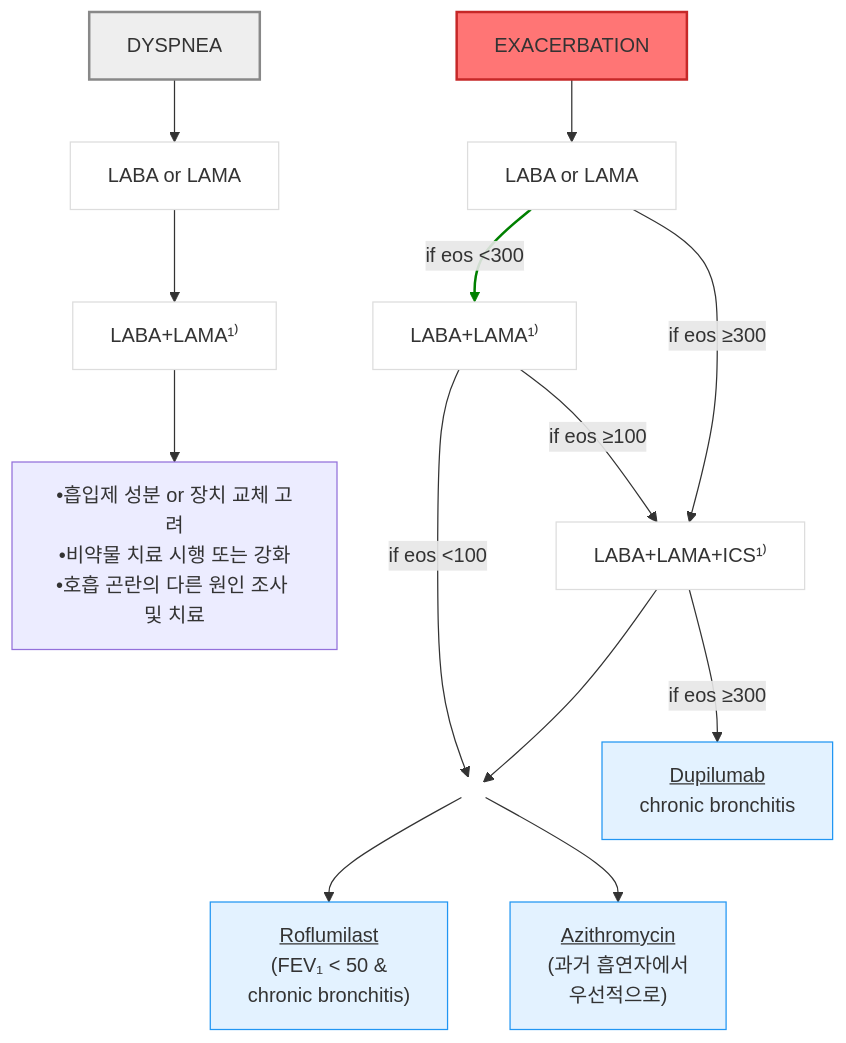
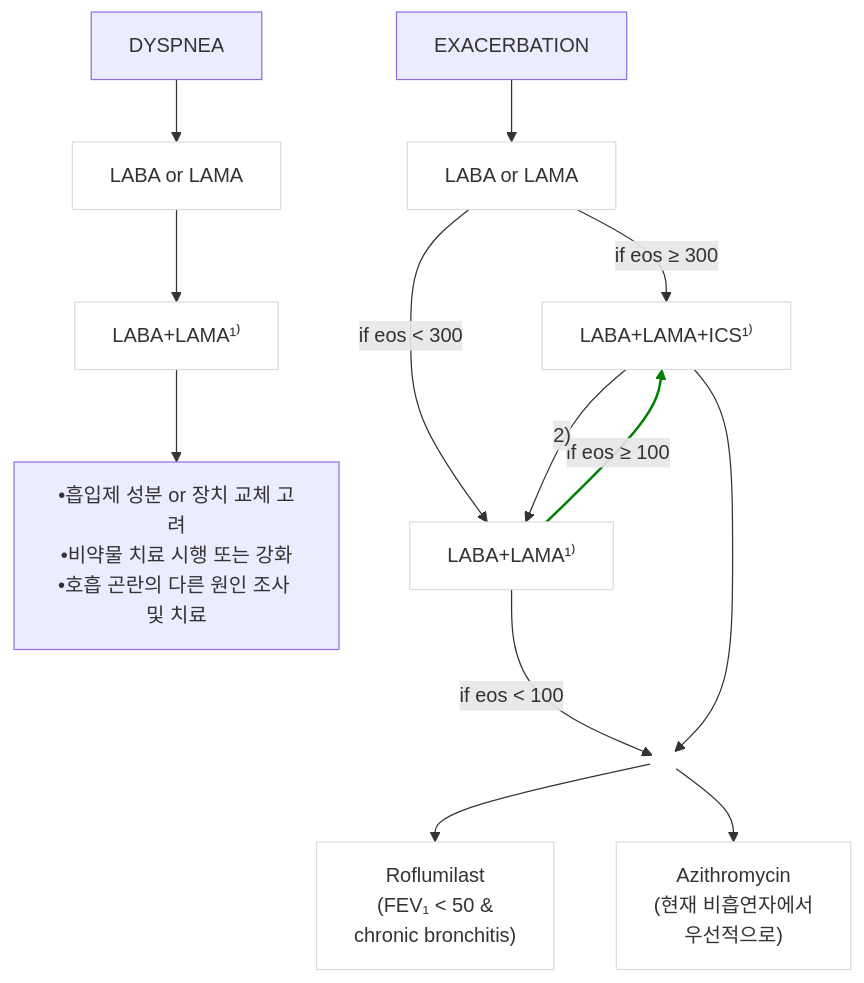
Before and after one commit to familyoh77/familyoh77: the second of 4 diagrams in 223_/072_-copd.md, drawn with Mermaid. The commit also changed other lines of this file, not shown here.

````diff
--- a/223_/072_-copd.md
+++ b/223_/072_-copd.md
@@ -307,30 +418,32 @@
 ```mermaid
 graph TD
 %% DYSPNEA pathway
 D0[DYSPNEA] --> D1[LABA or LAMA]
     D1 --> D2["LABA+LAMA¹⁾"]
     D2 --> D3["•흡입제 성분 or 장치 교체 고려<br/>•비약물 치료 시행 또는 강화<br/>•호흡 곤란의 다른 원인 조사 및 치료"]
 
 %% EXACERBATION pathway
 E0[EXACERBATION] --> E1[LABA or LAMA]
-E2 -- "if eos ≥100" --> E3
-      E1 -- "if eos ≥300" --> E3["LABA+LAMA+ICS¹⁾"]
-    E1 -- "if eos <300" --> E2["LABA+LAMA¹⁾"]
-    E2 -- "if eos <100" --> E4{ }
+    E1 -- "if eos ≥ 300" --> E3["LABA+LAMA+ICS¹⁾"]
+    E1 -- "if eos < 300" --> E2["LABA+LAMA¹⁾"]
+    
+    E2 -- "if eos ≥ 100" --> E3
+    E3 -- "2)" --> E2
+    
+    E2 -- "if eos < 100" --> E4{ }
     E3 --> E4
-    E3 -- "if eos ≥300"--> E7[<u>Dupilumab</u><br/>chronic bronchitis]
-    E4 --> E5["<u>Roflumilast</u><br/>(FEV₁ < 50 &<br/>chronic bronchitis)"]
-    E4 --> E6["<u>Azithromycin</u><br/>(과거 흡연자에서<br/>우선적으로)"]
+    
+    E4 --> E5["Roflumilast<br/>(FEV₁ < 50 &<br/>chronic bronchitis)"]
+    E4 --> E6["Azithromycin<br/>(현재 비흡연자에서<br/>우선적으로)"]
 
 style D1 fill:#fff,stroke:#ddd
 style D2 fill:#fff,stroke:#ddd
 style E1 fill:#fff,stroke:#ddd
 style E2 fill:#fff,stroke:#ddd
 style E3 fill:#fff,stroke:#ddd
+style E5 fill:#fff,stroke:#ddd
+style E6 fill:#fff,stroke:#ddd
 style E4 fill:none,stroke:none
-classDef sky fill:#e3f2ff,stroke:#2196f3
-class E5,E6,E7 sky
-style D0 fill:#eeeeee,stroke:#888888,stroke-width:2px
-style E0 fill:#ff7575,stroke:#c62828,stroke-width:2px
+
 linkStyle 6 stroke:green,stroke-width:2px;
 ```
````
